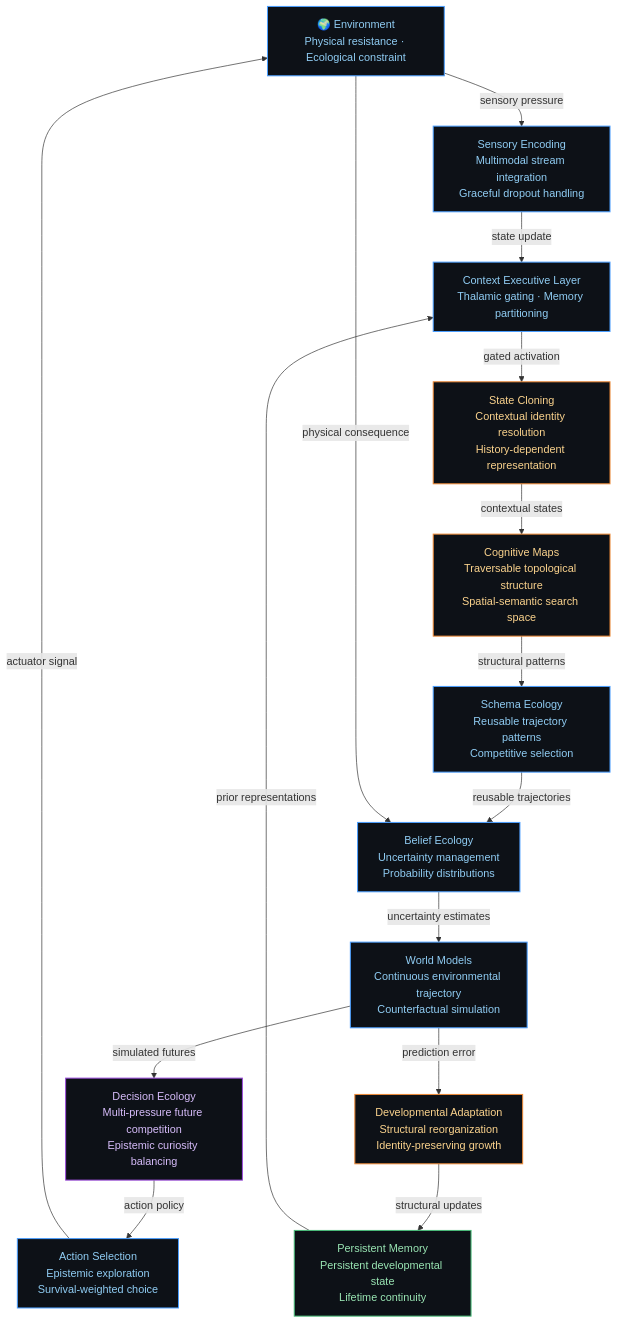
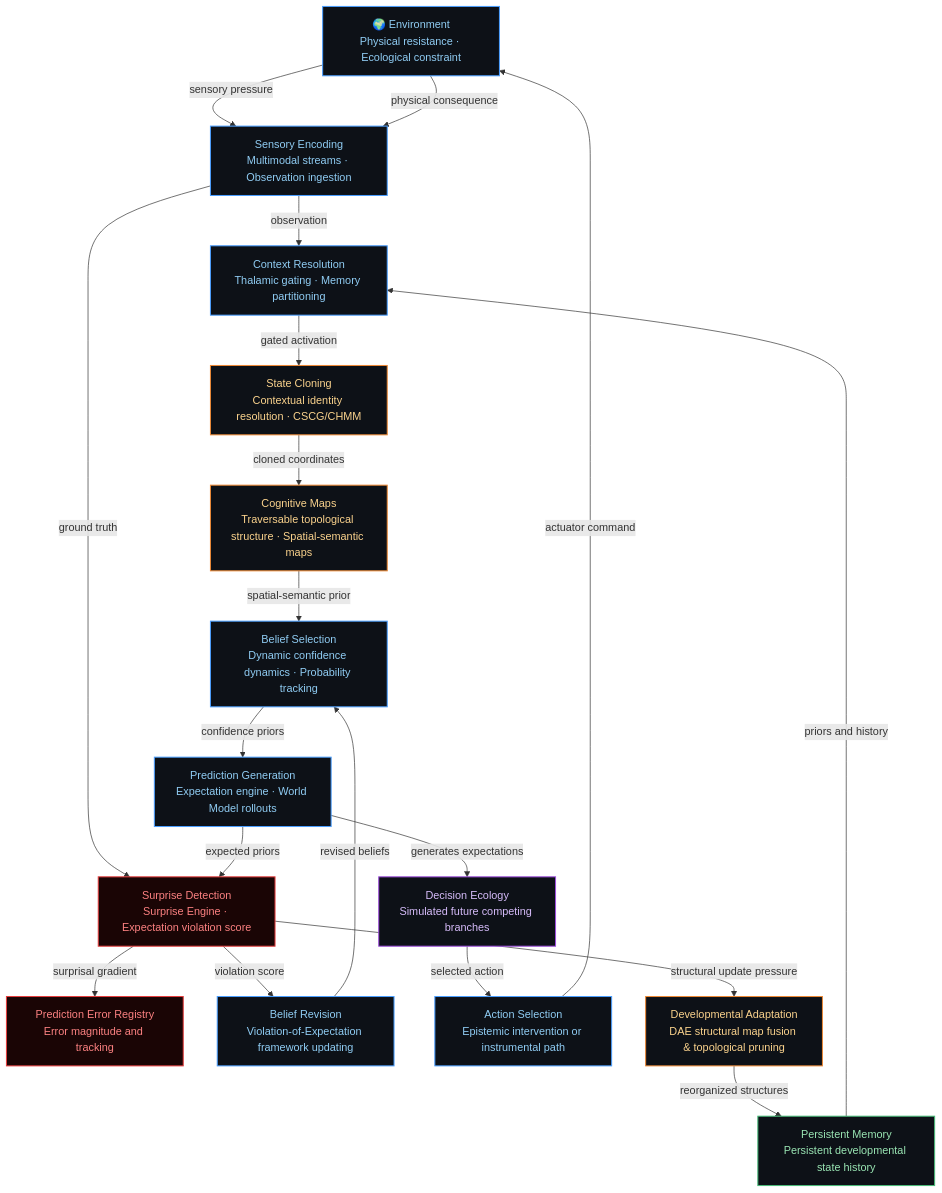
One commit to rk-roshan-kr/Earthos-public changed the seventh of 8 diagrams in docs/architecture.md. Above: the diagram before and after it, drawn with Mermaid. The commit also changed other lines of this file and 6 other files, not shown here.

Commit message:
docs: realign public architecture and roadmaps to be prediction-centric

````diff
--- a/docs/architecture.md
+++ b/docs/architecture.md
@@ -386,46 +423,55 @@
 ```mermaid
 flowchart TD
     classDef node fill:#0d1117,stroke:#4a9eff,stroke-width:1.5px,color:#90cdf4;
     classDef pressure fill:#0d1117,stroke:#9d4edd,stroke-width:1.5px,color:#d6bcfa;
     classDef memory fill:#0d1117,stroke:#48bb78,stroke-width:1.5px,color:#9ae6b4;
     classDef frontier fill:#0d1117,stroke:#ed8936,stroke-width:1.5px,color:#fbd38d;
+    classDef error fill:#1a0505,stroke:#e53e3e,stroke-width:1.5px,color:#fc8181;
 
     ENV["🌍 Environment\nPhysical resistance · Ecological constraint"]:::node
 
-    SENSE["Sensory Encoding\nMultimodal stream integration\nGraceful dropout handling"]:::node
+    SENSE["Sensory Encoding\nMultimodal streams · Observation ingestion"]:::node
 
-    CTX["Context Executive Layer\nThalamic gating · Memory partitioning"]:::node
+    CTX["Context Resolution\nThalamic gating · Memory partitioning"]:::node
 
-    CLONE["State Cloning\nContextual identity resolution\nHistory-dependent representation"]:::frontier
+    CLONE["State Cloning\nContextual identity resolution · CSCG/CHMM"]:::frontier
 
-    MAP["Cognitive Maps\nTraversable topological structure\nSpatial-semantic search space"]:::frontier
+    MAP["Cognitive Maps\nTraversable topological structure · Spatial-semantic maps"]:::frontier
 
-    SCHEMA["Schema Ecology\nReusable trajectory patterns\nCompetitive selection"]:::node
+    BELIEF["Belief Selection\nDynamic confidence dynamics · Probability tracking"]:::node
 
-    BELIEF["Belief Ecology\nUncertainty management\nProbability distributions"]:::node
+    PREDICT["Prediction Generation\nExpectation engine · World Model rollouts"]:::node
 
-    PREDICT["World Models\nContinuous environmental trajectory\nCounterfactual simulation"]:::node
+    SURPRISE["Surprise Detection\nSurprise Engine · Expectation violation score"]:::error
 
-    DECIDE["Decision Ecology\nMulti-pressure future competition\nEpistemic curiosity balancing"]:::pressure
+    REGISTRY["Prediction Error Registry\nError magnitude and tracking"]:::error
 
-    ACTION["Action Selection\nEpistemic exploration\nSurvival-weighted choice"]:::node
+    REVISION["Belief Revision\nViolation-of-Expectation framework updating"]:::node
 
-    DEVELOP["Developmental Adaptation\nStructural reorganization\nIdentity-preserving growth"]:::frontier
+    DECIDE["Decision Ecology\nSimulated future competing branches"]:::pressure
 
-    MEMORY["Persistent Memory\nPersistent developmental state\nLifetime continuity"]:::memory
+    ACTION["Action Selection\nEpistemic intervention or instrumental path"]:::node
+
+    DEVELOP["Developmental Adaptation\nDAE structural map fusion & topological pruning"]:::frontier
+
+    MEMORY["Persistent Memory\nPersistent developmental state history"]:::memory
 
     ENV -->|sensory pressure| SENSE
-    SENSE -->|state update| CTX
+    SENSE -->|observation| CTX
     CTX -->|gated activation| CLONE
-    CLONE -->|contextual states| MAP
-    MAP -->|structural patterns| SCHEMA
-    SCHEMA -->|reusable trajectories| BELIEF
-    BELIEF -->|uncertainty estimates| PREDICT
-    PREDICT -->|simulated futures| DECIDE
-    DECIDE -->|action policy| ACTION
-    ACTION -->|actuator signal| ENV
-    ENV -->|physical consequence| BELIEF
-    PREDICT -->|prediction error| DEVELOP
-    DEVELOP -->|structural updates| MEMORY
-    MEMORY -->|prior representations| CTX
+    CLONE -->|cloned coordinates| MAP
+    MAP -->|spatial-semantic prior| BELIEF
+    BELIEF -->|confidence priors| PREDICT
+    PREDICT -->|generates expectations| DECIDE
+    DECIDE -->|selected action| ACTION
+    ACTION -->|actuator command| ENV
+    ENV -->|physical consequence| SENSE
+    SENSE -->|ground truth| SURPRISE
+    PREDICT -->|expected priors| SURPRISE
+    SURPRISE -->|surprisal gradient| REGISTRY
+    SURPRISE -->|violation score| REVISION
+    REVISION -->|revised beliefs| BELIEF
+    SURPRISE -->|structural update pressure| DEVELOP
+    DEVELOP -->|reorganized structures| MEMORY
+    MEMORY -->|priors and history| CTX
 ```
````
